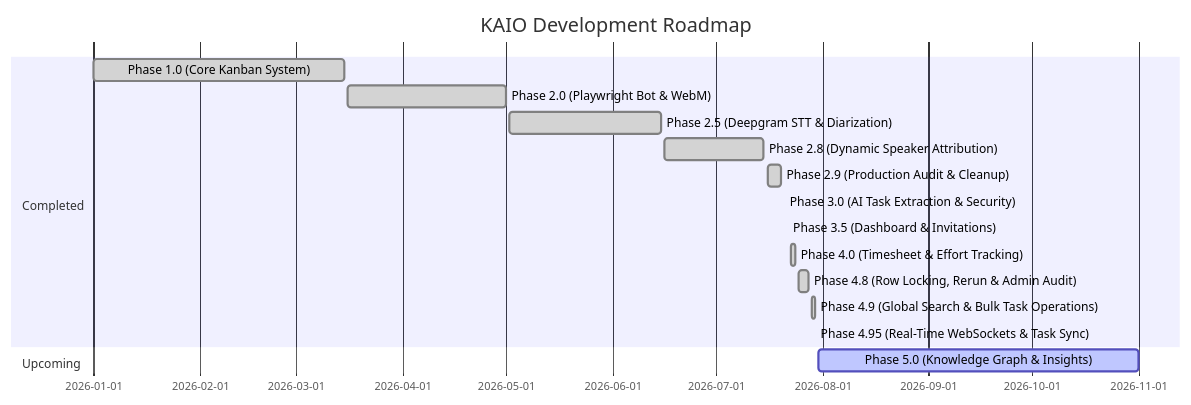
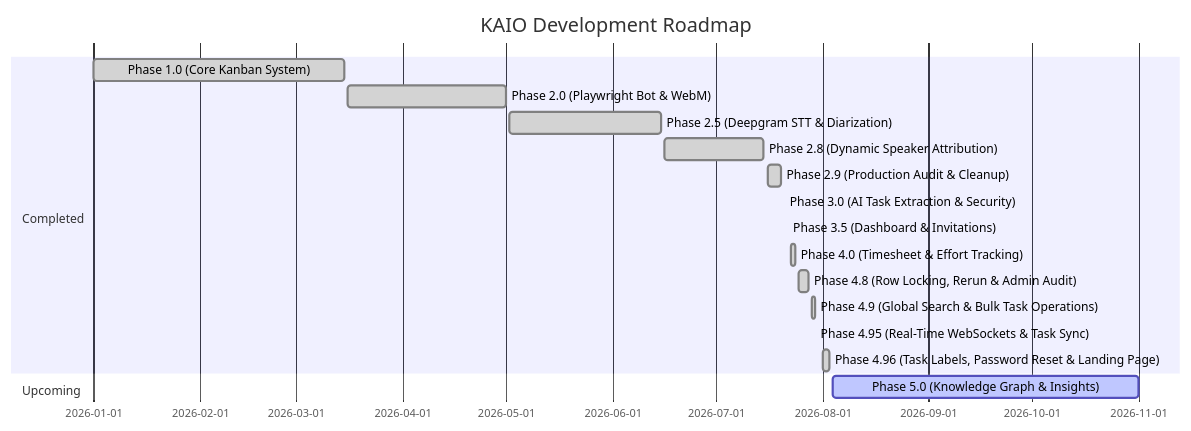
Before and after one commit to CoderArindam/kaio: the second of 2 diagrams in docs/01_PROJECT_OVERVIEW.md, drawn with Mermaid. The commit also changed other lines of this file and 10 other files, not shown here.

````diff
--- a/docs/01_PROJECT_OVERVIEW.md
+++ b/docs/01_PROJECT_OVERVIEW.md
@@ -136,19 +145,20 @@
 ```mermaid
 gantt
     title KAIO Development Roadmap
     dateFormat  YYYY-MM-DD
     section Completed
     Phase 1.0 (Core Kanban System)           :done,    p1, 2026-01-01, 2026-03-15
     Phase 2.0 (Playwright Bot & WebM)        :done,    p2, 2026-03-16, 2026-05-01
     Phase 2.5 (Deepgram STT & Diarization)   :done,    p3, 2026-05-02, 2026-06-15
     Phase 2.8 (Dynamic Speaker Attribution)  :done,    p4, 2026-06-16, 2026-07-15
     Phase 2.9 (Production Audit & Cleanup)   :done,    p5, 2026-07-16, 2026-07-20
     Phase 3.0 (AI Task Extraction & Security):done,    p6, 2026-07-21, 2026-07-21
     Phase 3.5 (Dashboard & Invitations)      :done,    p7, 2026-07-22, 2026-07-22
     Phase 4.0 (Timesheet & Effort Tracking)  :done,    p8, 2026-07-23, 2026-07-24
     Phase 4.8 (Row Locking, Rerun & Admin Audit):done,  p85, 2026-07-25, 2026-07-28
     Phase 4.9 (Global Search & Bulk Task Operations) :done,  p89, 2026-07-29, 2026-07-30
     Phase 4.95 (Real-Time WebSockets & Task Sync):done, p895, 2026-07-30, 2026-07-30
+    Phase 4.96 (Task Labels, Password Reset & Landing Page):done, p896, 2026-08-01, 2026-08-03
     section Upcoming
-    Phase 5.0 (Knowledge Graph & Insights)   :active,  p9, 2026-07-31, 2026-11-01
+    Phase 5.0 (Knowledge Graph & Insights)   :active,  p9, 2026-08-04, 2026-11-01
 ```
````
